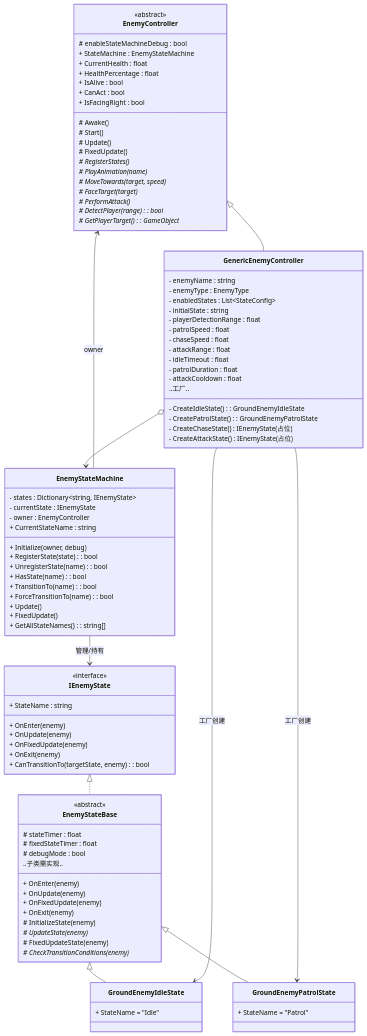
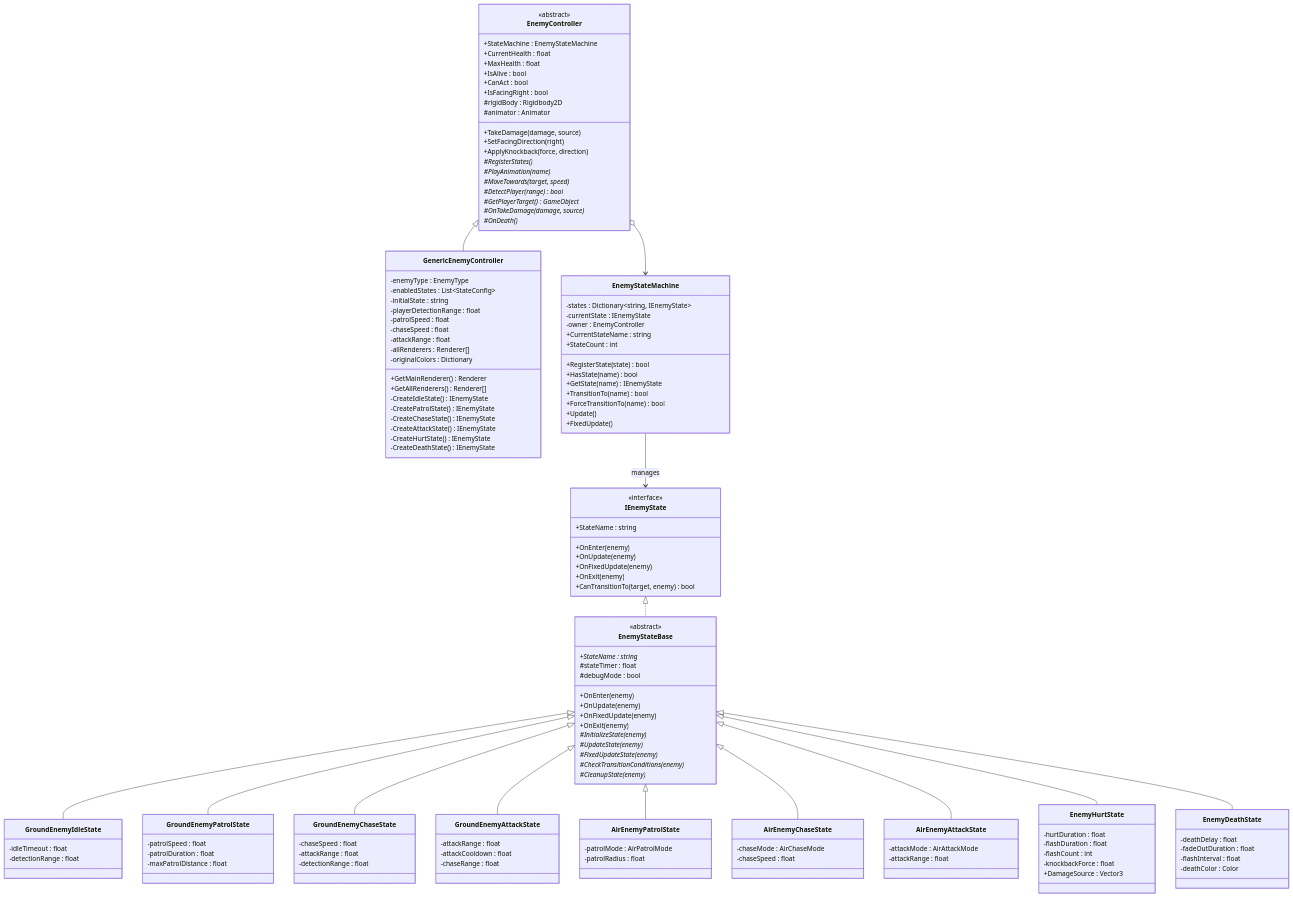
The first of 10 diagrams in Documents/EnemyStateMachine/技术文档_敌人状态机.md (EstellaNines/CRYPTA-GEOMETRICA), drawn with Mermaid before and after one commit. The commit also changed other lines of this file and 32 other files, not shown here.

````diff
--- a/Documents/EnemyStateMachine/技术文档_敌人状态机.md
+++ b/Documents/EnemyStateMachine/技术文档_敌人状态机.md
@@ -15,103 +21,152 @@
 ```mermaid
 classDiagram
     class EnemyController {
-      <<abstract>>
-      # enableStateMachineDebug : bool
-      + StateMachine : EnemyStateMachine
-      + CurrentHealth : float
-      + HealthPercentage : float
-      + IsAlive : bool
-      + CanAct : bool
-      + IsFacingRight : bool
-      # Awake()
-      # Start()
-      # Update()
-      # FixedUpdate()
-      # RegisterStates()*
-      # PlayAnimation(name)*
-      # MoveTowards(target, speed)*
-      # FaceTarget(target)*
-      # PerformAttack()*
-      # DetectPlayer(range)* : bool
-      # GetPlayerTarget()* : GameObject
+        <<abstract>>
+        +StateMachine : EnemyStateMachine
+        +CurrentHealth : float
+        +MaxHealth : float
+        +IsAlive : bool
+        +CanAct : bool
+        +IsFacingRight : bool
+        #rigidBody : Rigidbody2D
+        #animator : Animator
+        +TakeDamage(damage, source)
+        +SetFacingDirection(right)
+        +ApplyKnockback(force, direction)
+        #RegisterStates()*
+        #PlayAnimation(name)*
+        #MoveTowards(target, speed)*
+        #DetectPlayer(range)* bool
+        #GetPlayerTarget()* GameObject
+        #OnTakeDamage(damage, source)*
+        #OnDeath()*
     }
 
     class GenericEnemyController {
-      - enemyName : string
-      - enemyType : EnemyType
-      - enabledStates : List~StateConfig~
-      - initialState : string
-      - playerDetectionRange : float
-      - patrolSpeed : float
-      - chaseSpeed : float
-      - attackRange : float
-      - idleTimeout : float
-      - patrolDuration : float
-      - attackCooldown : float
-      ..工厂..
-      - CreateIdleState() : GroundEnemyIdleState
-      - CreatePatrolState() : GroundEnemyPatrolState
-      - CreateChaseState() : IEnemyState (占位)
-      - CreateAttackState() : IEnemyState (占位)
+        -enemyType : EnemyType
+        -enabledStates : List~StateConfig~
+        -initialState : string
+        -playerDetectionRange : float
+        -patrolSpeed : float
+        -chaseSpeed : float
+        -attackRange : float
+        -allRenderers : Renderer[]
+        -originalColors : Dictionary
+        +GetMainRenderer() Renderer
+        +GetAllRenderers() Renderer[]
+        -CreateIdleState() IEnemyState
+        -CreatePatrolState() IEnemyState
+        -CreateChaseState() IEnemyState
+        -CreateAttackState() IEnemyState
+        -CreateHurtState() IEnemyState
+        -CreateDeathState() IEnemyState
     }
 
     class EnemyStateMachine {
-      - states : Dictionary~string, IEnemyState~
-      - currentState : IEnemyState
-      - owner : EnemyController
-      + Initialize(owner, debug)
-      + RegisterState(state) : bool
-      + UnregisterState(name) : bool
-      + HasState(name) : bool
-      + TransitionTo(name) : bool
-      + ForceTransitionTo(name) : bool
-      + Update()
-      + FixedUpdate()
-      + GetAllStateNames() : string[]
-      + CurrentStateName : string
+        -states : Dictionary~string, IEnemyState~
+        -currentState : IEnemyState
+        -owner : EnemyController
+        +CurrentStateName : string
+        +StateCount : int
+        +RegisterState(state) bool
+        +HasState(name) bool
+        +GetState(name) IEnemyState
+        +TransitionTo(name) bool
+        +ForceTransitionTo(name) bool
+        +Update()
+        +FixedUpdate()
     }
 
     class IEnemyState {
-      <<interface>>
-      + StateName : string
-      + OnEnter(enemy)
-      + OnUpdate(enemy)
-      + OnFixedUpdate(enemy)
-      + OnExit(enemy)
-      + CanTransitionTo(targetState, enemy) : bool
+        <<interface>>
+        +StateName : string
+        +OnEnter(enemy)
+        +OnUpdate(enemy)
+        +OnFixedUpdate(enemy)
+        +OnExit(enemy)
+        +CanTransitionTo(target, enemy) bool
     }
 
     class EnemyStateBase {
-      <<abstract>>
-      # stateTimer : float
-      # fixedStateTimer : float
-      # debugMode : bool
-      + OnEnter(enemy)
-      + OnUpdate(enemy)
-      + OnFixedUpdate(enemy)
-      + OnExit(enemy)
-      ..子类需实现..
-      # InitializeState(enemy)
-      # UpdateState(enemy)*
-      # FixedUpdateState(enemy)
-      # CheckTransitionConditions(enemy)*
+        <<abstract>>
+        +StateName : string*
+        #stateTimer : float
+        #debugMode : bool
+        +OnEnter(enemy)
+        +OnUpdate(enemy)
+        +OnFixedUpdate(enemy)
+        +OnExit(enemy)
+        #InitializeState(enemy)*
+        #UpdateState(enemy)*
+        #FixedUpdateState(enemy)*
+        #CheckTransitionConditions(enemy)*
+        #CleanupState(enemy)*
     }
 
     class GroundEnemyIdleState {
-      + StateName = "Idle"
+        -idleTimeout : float
+        -detectionRange : float
     }
 
     class GroundEnemyPatrolState {
-      + StateName = "Patrol"
+        -patrolSpeed : float
+        -patrolDuration : float
+        -maxPatrolDistance : float
+    }
+
+    class GroundEnemyChaseState {
+        -chaseSpeed : float
+        -attackRange : float
+        -detectionRange : float
+    }
+
+    class GroundEnemyAttackState {
+        -attackRange : float
+        -attackCooldown : float
+        -chaseRange : float
+    }
+
+    class AirEnemyPatrolState {
+        -patrolMode : AirPatrolMode
+        -patrolRadius : float
+    }
+
+    class AirEnemyChaseState {
+        -chaseMode : AirChaseMode
+        -chaseSpeed : float
+    }
+
+    class AirEnemyAttackState {
+        -attackMode : AirAttackMode
+        -attackRange : float
+    }
+
+    class EnemyHurtState {
+        -hurtDuration : float
+        -flashDuration : float
+        -flashCount : int
+        -knockbackForce : float
+        +DamageSource : Vector3
+    }
+
+    class EnemyDeathState {
+        -deathDelay : float
+        -fadeOutDuration : float
+        -flashInterval : float
+        -deathColor : Color
     }
 
     EnemyController <|-- GenericEnemyController
+    EnemyController o--> EnemyStateMachine
+    EnemyStateMachine --> IEnemyState : manages
+    IEnemyState <|.. EnemyStateBase
     EnemyStateBase <|-- GroundEnemyIdleState
     EnemyStateBase <|-- GroundEnemyPatrolState
-    IEnemyState <|.. EnemyStateBase
-    GenericEnemyController o--> EnemyStateMachine
-    EnemyStateMachine --> IEnemyState : 管理/持有
-    EnemyStateMachine --> EnemyController : owner
-    GenericEnemyController --> GroundEnemyIdleState : 工厂创建
-    GenericEnemyController --> GroundEnemyPatrolState : 工厂创建
+    EnemyStateBase <|-- GroundEnemyChaseState
+    EnemyStateBase <|-- GroundEnemyAttackState
+    EnemyStateBase <|-- AirEnemyPatrolState
+    EnemyStateBase <|-- AirEnemyChaseState
+    EnemyStateBase <|-- AirEnemyAttackState
+    EnemyStateBase <|-- EnemyHurtState
+    EnemyStateBase <|-- EnemyDeathState
 ```
````
